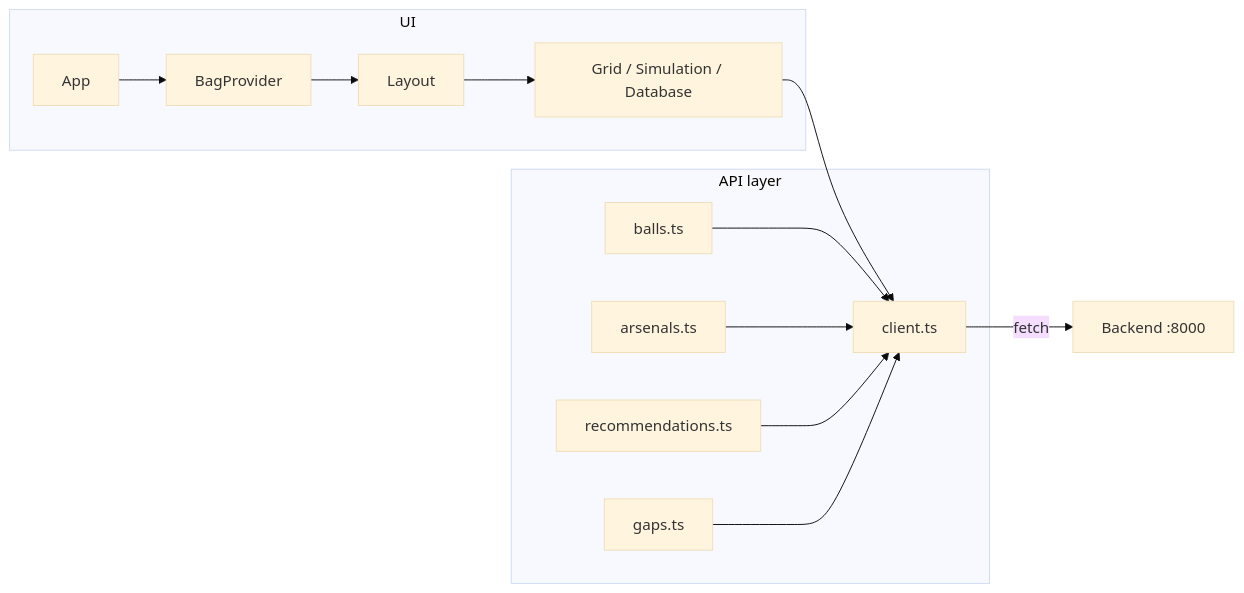
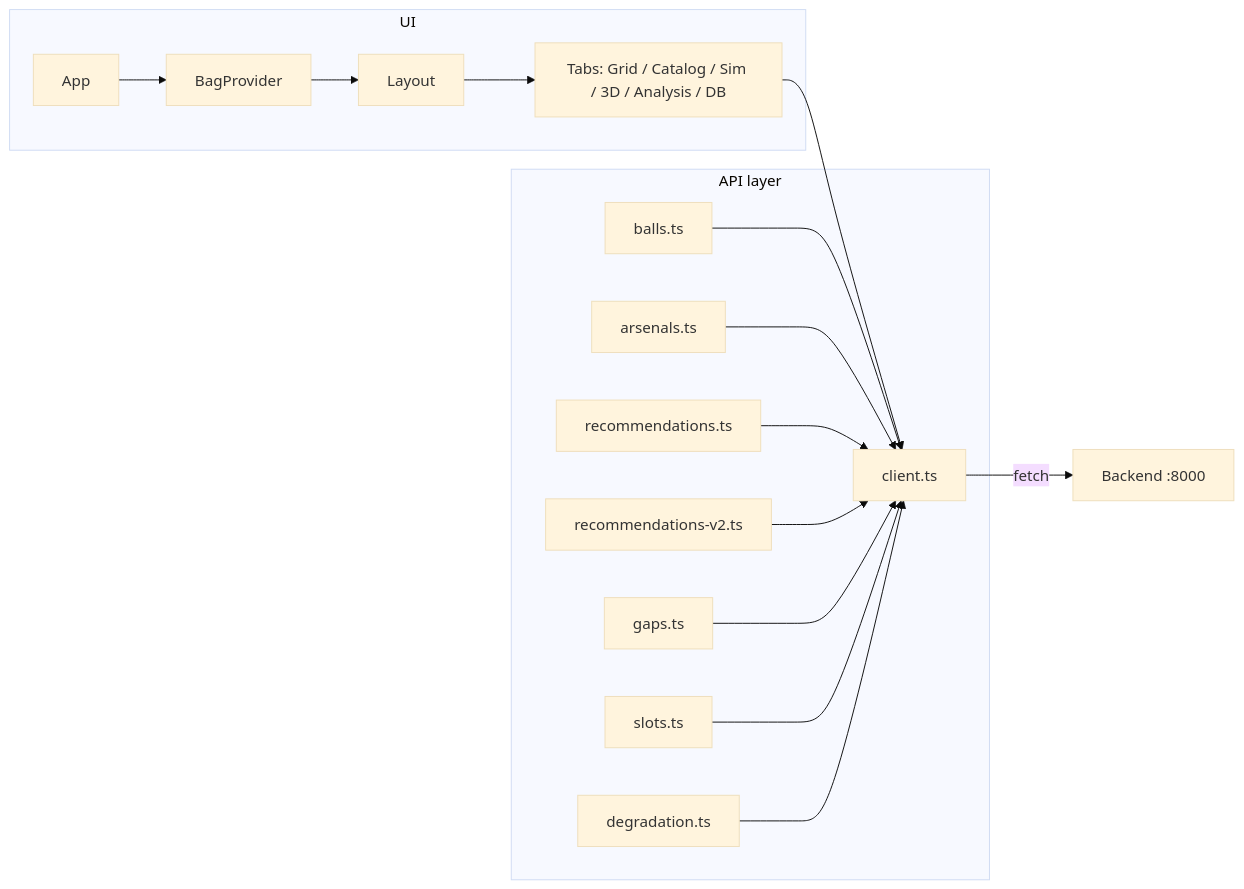
One commit to terencelaniyan/ECE50874 changed the diagram in docs/frontend.md. Above: the diagram before and after it, drawn with Mermaid (base theme). The commit also changed other lines of this file and 8 other files, not shown here.

````diff
--- a/docs/frontend.md
+++ b/docs/frontend.md
@@ -32,25 +34,31 @@
 ```mermaid
 flowchart LR
   subgraph ui [UI]
     App[App]
     BagProvider[BagProvider]
     Layout[Layout]
-    Views[Grid / Simulation / Database]
+    Views[Tabs: Grid / Catalog / Sim / 3D / Analysis / DB]
   end
   subgraph api [API layer]
     client[client.ts]
     balls[balls.ts]
     arsenals[arsenals.ts]
     recs[recommendations.ts]
+    recsv2[recommendations-v2.ts]
     gaps[gaps.ts]
+    slots[slots.ts]
+    deg[degradation.ts]
   end
   App --> BagProvider
   BagProvider --> Layout
   Layout --> Views
   Views --> client
   balls --> client
   arsenals --> client
   recs --> client
+  recsv2 --> client
   gaps --> client
+  slots --> client
+  deg --> client
   client -->|fetch| Backend[Backend :8000]
 ```
````
